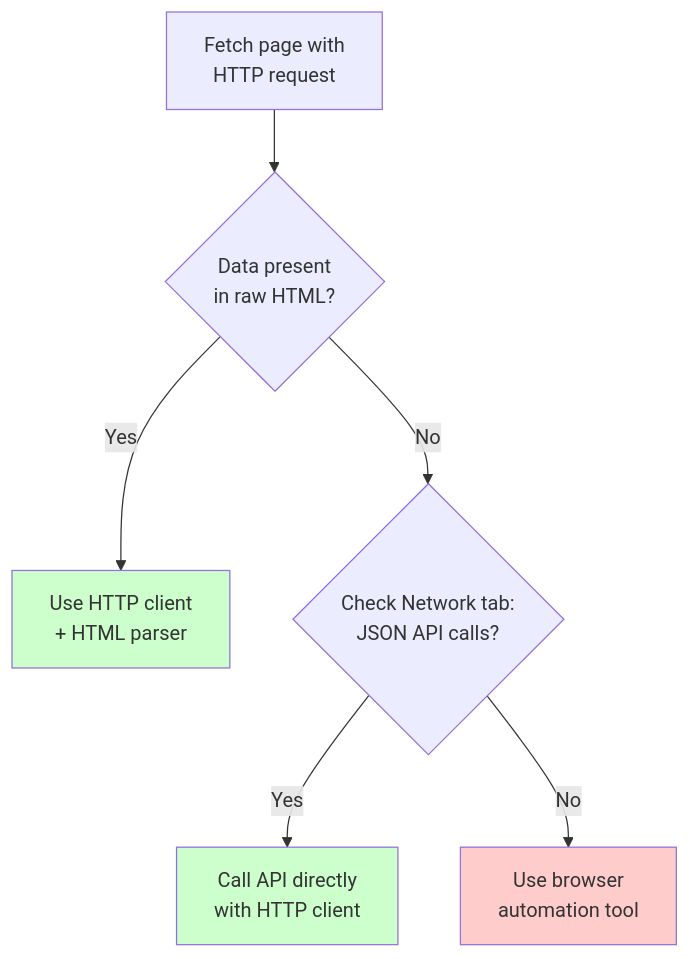
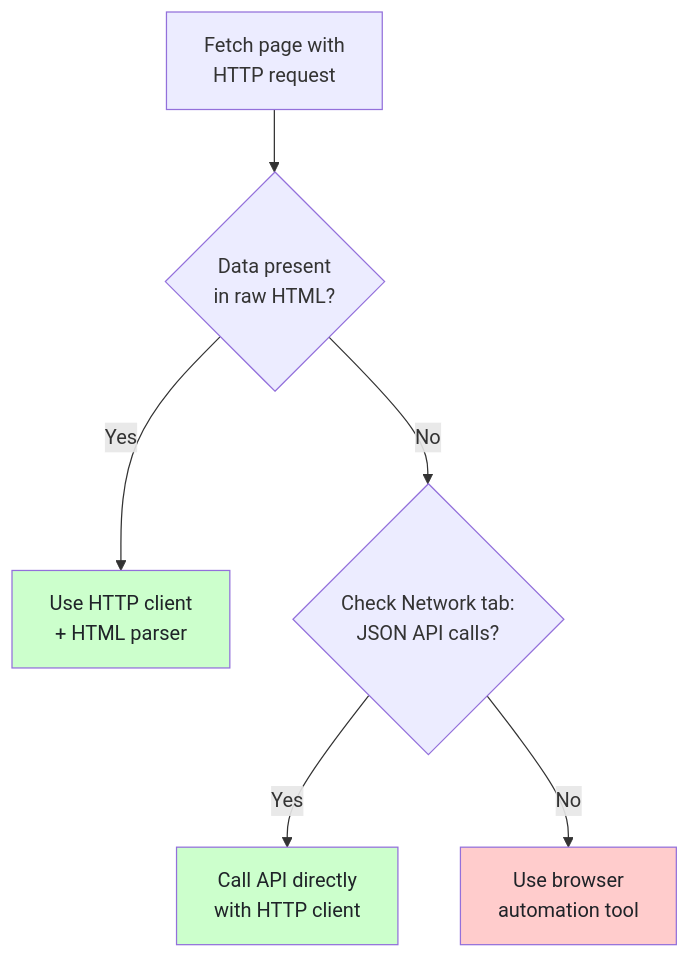
The first of 6 diagrams in _posts/2026-02-05-what-questions-to-ask-choosing-data-extraction-solution.md (bytetunnels/bytetunnels.github.com), drawn with Mermaid before and after one commit. The commit also changed other lines of this file and 118 other files, not shown here.

Commit message:
feat: improve diagram styling and compact wide flowcharts

````diff
--- a/_posts/2026-02-05-what-questions-to-ask-choosing-data-extraction-solution.md
+++ b/_posts/2026-02-05-what-questions-to-ask-choosing-data-extraction-solution.md
@@ -87,12 +87,12 @@
 ```mermaid
 flowchart TD
     A["Fetch page with<br>HTTP request"] --> B{"Data present<br>in raw HTML?"}
     B -->|"Yes"| C["Use HTTP client<br>+ HTML parser"]
     B -->|"No"| D{"Check Network tab:<br>JSON API calls?"}
     D -->|"Yes"| E["Call API directly<br>with HTTP client"]
     D -->|"No"| F["Use browser<br>automation tool"]
 
-    style C fill:#ccffcc
-    style E fill:#ccffcc
-    style F fill:#ffcccc
+    style C fill:#ccffcc,color:#1f2328
+    style E fill:#ccffcc,color:#1f2328
+    style F fill:#ffcccc,color:#1f2328
 ```
````
